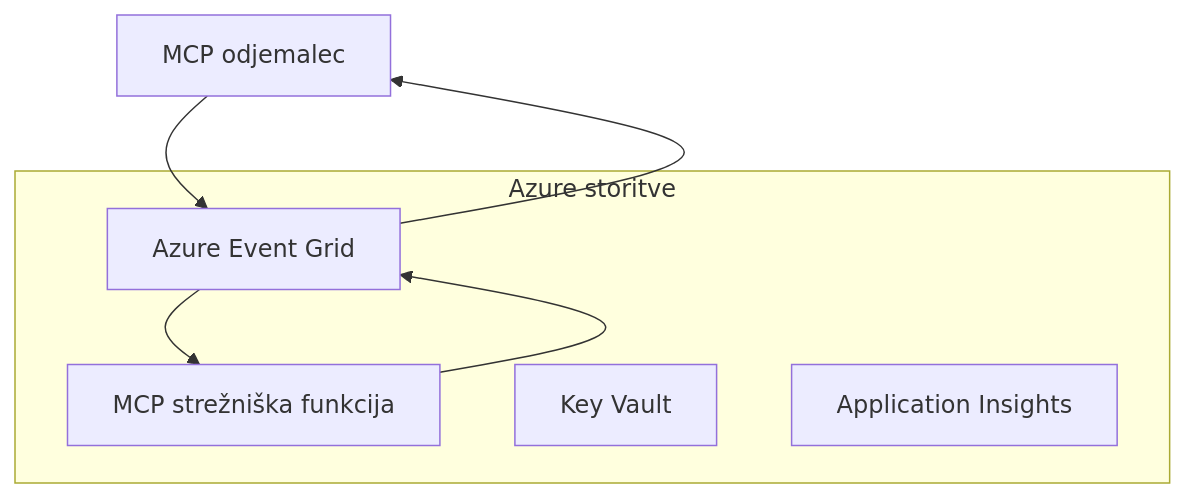
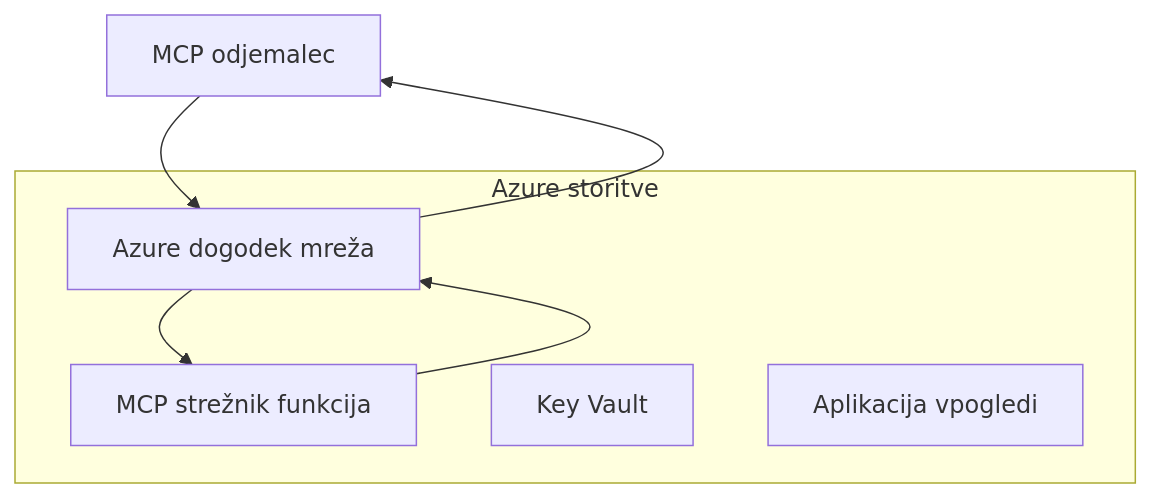
One commit to HIDORAKAI002/ai-workspace-archive changed the first of 2 diagrams in mcp_ecosystem__model_context_protocol/mcp_learning_resources/mcp-for-beginners/translations/sl/05-AdvancedTopics/mcp-transport/README.md. Above: the diagram before and after it, drawn with Mermaid. The commit also changed other lines of this file and 1539 other files, not shown here.

````diff
--- a/mcp_ecosystem__model_context_protocol/mcp_learning_resources/mcp-for-beginners/translations/sl/05-AdvancedTopics/mcp-transport/README.md
+++ b/mcp_ecosystem__model_context_protocol/mcp_learning_resources/mcp-for-beginners/translations/sl/05-AdvancedTopics/mcp-transport/README.md
@@ -58,14 +58,14 @@
 ```mermaid
 graph TB
-    Client[MCP odjemalec] --> EG[Azure Event Grid]
-    EG --> Server[MCP strežniška funkcija]
+    Client[MCP odjemalec] --> EG[Azure dogodek mreža]
+    EG --> Server[MCP strežnik funkcija]
     Server --> EG
     EG --> Client
     
     subgraph "Azure storitve"
         EG
         Server
         KV[Key Vault]
-        Monitor[Application Insights]
+        Monitor[Aplikacija vpogledi]
     end
 ```
````
